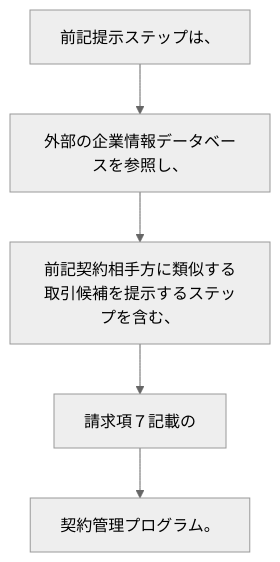
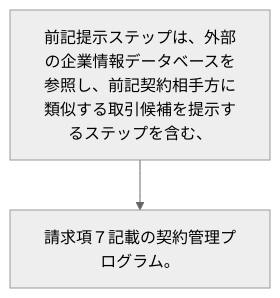
The diagram in 2024/JP2024014095A/claim_8/README.md (shinmori55/patent_analyzed), drawn with Mermaid (neutral theme) before and after one commit. The commit also changed 27 other files, not shown here.

````diff
--- a/2024/JP2024014095A/claim_8/README.md
+++ b/2024/JP2024014095A/claim_8/README.md
@@ -3,12 +3,6 @@
 ```mermaid
 flowchart TD
-A[前記提示ステップは、]
-B[外部の企業情報データベースを参照し、]
-C[前記契約相手方に類似する取引候補を提示するステップを含む、]
-D[請求項７記載の]
-E[契約管理プログラム。]
+A[前記提示ステップは、外部の企業情報データベースを参照し、前記契約相手方に類似する取引候補を提示するステップを含む、]
+B[請求項７記載の契約管理プログラム。]
 A --> B
-B --> C
-C --> D
-D --> E
 ```
````
